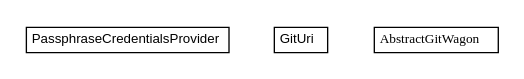
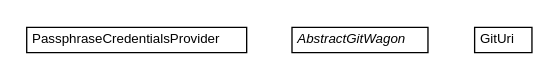
Before and after one commit to trajano/wagon-git: the diagram in apidocs/net/trajano/wagon/git/internal/net.trajano.wagon.git.internal.dot, drawn with Graphviz. The commit also changed 117 other files, not shown here.

Commit message:
wagon-git commit

```diff
--- a/apidocs/net/trajano/wagon/git/internal/net.trajano.wagon.git.internal.dot
+++ b/apidocs/net/trajano/wagon/git/internal/net.trajano.wagon.git.internal.dot
@@ -1,30 +1,30 @@
 #!/usr/local/bin/dot
 #
 # Class diagram 
 # Generated by UMLGraph version R5_6-24-gf6e263 (http://www.umlgraph.org/)
 #
 
 digraph G {
-	edge [fontname="arial",fontsize=10,labelfontname="arial",labelfontsize=10];
-	node [fontname="arial",fontsize=10,shape=plaintext];
+	edge [fontname="Helvetica",fontsize=10,labelfontname="Helvetica",labelfontsize=10];
+	node [fontname="Helvetica",fontsize=10,shape=plaintext];
 	nodesep=0.25;
 	ranksep=0.5;
 	// net.trajano.wagon.git.internal.PassphraseCredentialsProvider
 	c7 [label=<<table title="net.trajano.wagon.git.internal.PassphraseCredentialsProvider" border="0" cellborder="1" cellspacing="0" cellpadding="2" port="p" href="./PassphraseCredentialsProvider.html">
 		<tr><td><table border="0" cellspacing="0" cellpadding="1">
 <tr><td align="center" balign="center"> PassphraseCredentialsProvider </td></tr>
 		</table></td></tr>
-		</table>>, URL="./PassphraseCredentialsProvider.html", fontname="arial", fontcolor="black", fontsize=10.0];
+		</table>>, URL="./PassphraseCredentialsProvider.html", fontname="Helvetica", fontcolor="black", fontsize=10.0];
+	// net.trajano.wagon.git.internal.AbstractGitWagon
+	c8 [label=<<table title="net.trajano.wagon.git.internal.AbstractGitWagon" border="0" cellborder="1" cellspacing="0" cellpadding="2" port="p" href="./AbstractGitWagon.html">
+		<tr><td><table border="0" cellspacing="0" cellpadding="1">
+<tr><td align="center" balign="center"><font face="Helvetica-Oblique"> AbstractGitWagon </font></td></tr>
+		</table></td></tr>
+		</table>>, URL="./AbstractGitWagon.html", fontname="Helvetica", fontcolor="black", fontsize=10.0];
 	// net.trajano.wagon.git.internal.GitUri
-	c8 [label=<<table title="net.trajano.wagon.git.internal.GitUri" border="0" cellborder="1" cellspacing="0" cellpadding="2" port="p" href="./GitUri.html">
+	c9 [label=<<table title="net.trajano.wagon.git.internal.GitUri" border="0" cellborder="1" cellspacing="0" cellpadding="2" port="p" href="./GitUri.html">
 		<tr><td><table border="0" cellspacing="0" cellpadding="1">
 <tr><td align="center" balign="center"> GitUri </td></tr>
 		</table></td></tr>
-		</table>>, URL="./GitUri.html", fontname="arial", fontcolor="black", fontsize=10.0];
-	// net.trajano.wagon.git.internal.AbstractGitWagon
-	c9 [label=<<table title="net.trajano.wagon.git.internal.AbstractGitWagon" border="0" cellborder="1" cellspacing="0" cellpadding="2" port="p" href="./AbstractGitWagon.html">
-		<tr><td><table border="0" cellspacing="0" cellpadding="1">
-<tr><td align="center" balign="center"><font face="arial italic"> AbstractGitWagon </font></td></tr>
-		</table></td></tr>
-		</table>>, URL="./AbstractGitWagon.html", fontname="arial", fontcolor="black", fontsize=10.0];
+		</table>>, URL="./GitUri.html", fontname="Helvetica", fontcolor="black", fontsize=10.0];
 }
```
